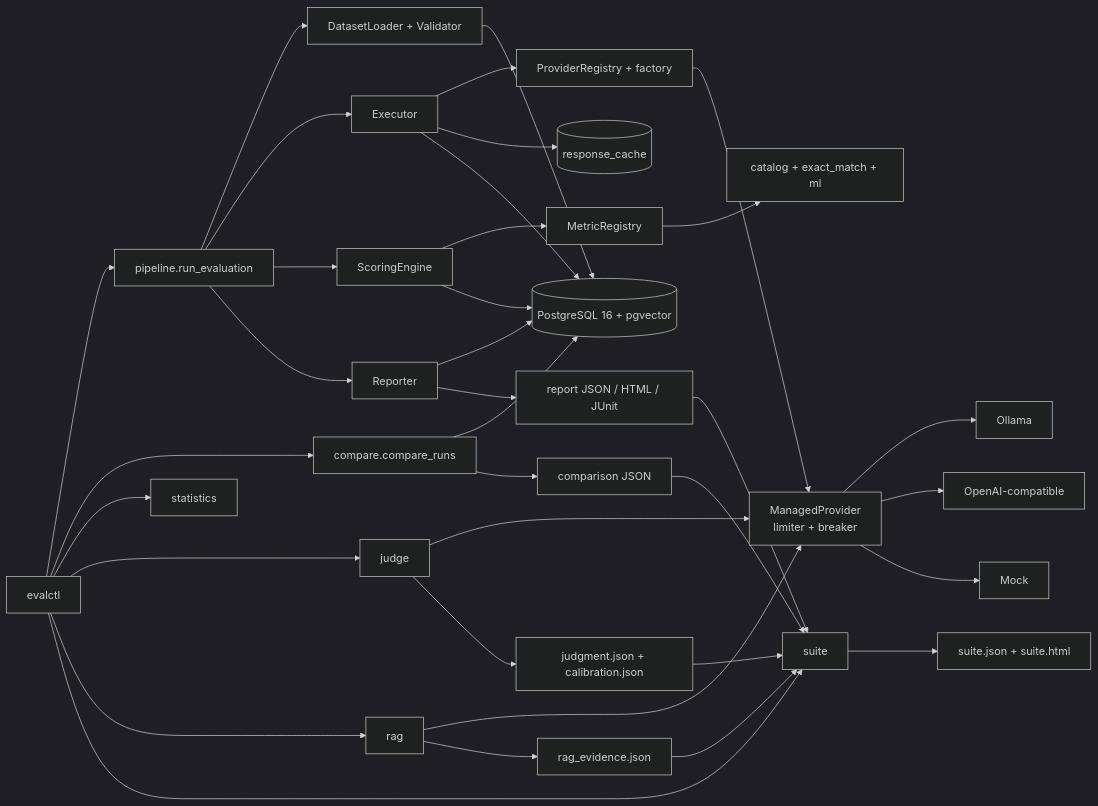
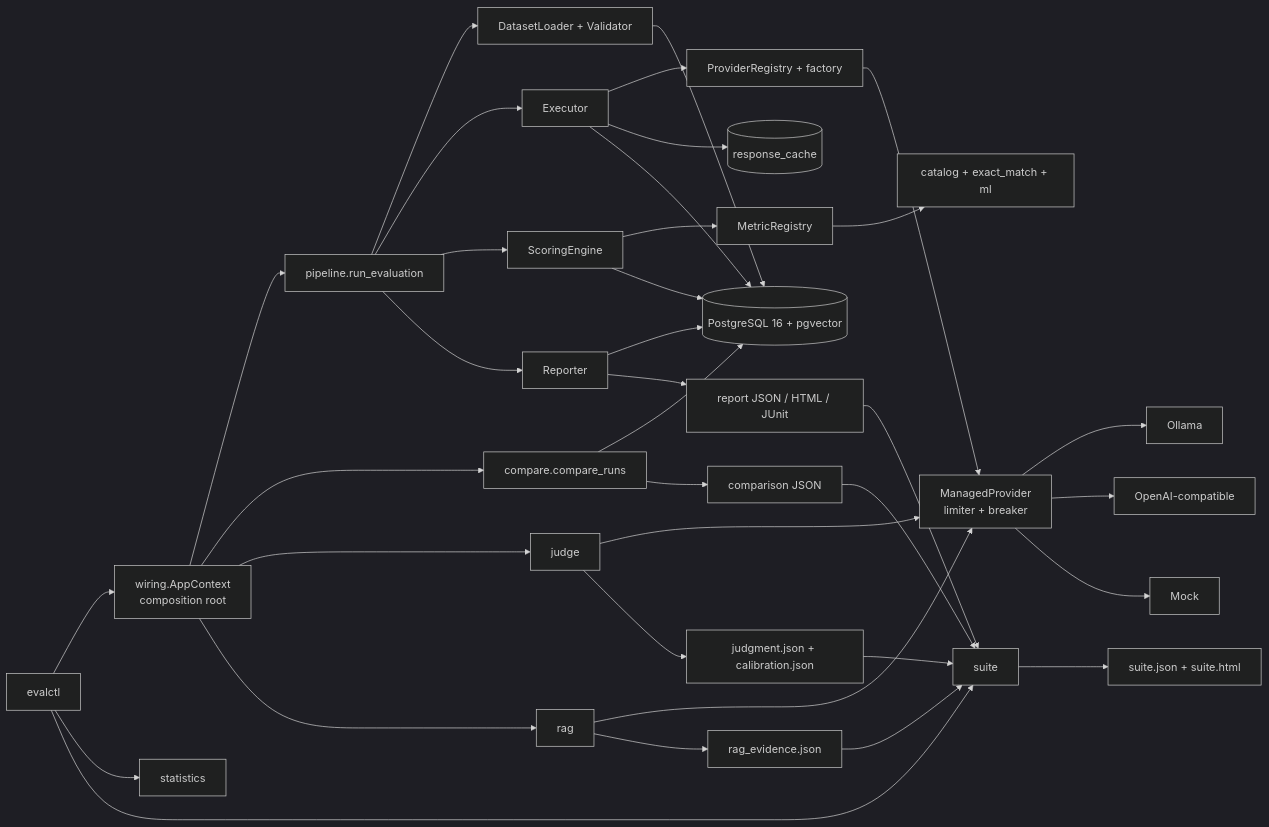
One commit to DimitarAtanassov/evalanche changed the diagram in docs/architecture.md. Above: the diagram before and after it, drawn with Mermaid (dark theme). The commit also changed other lines of this file and 16 other files, not shown here.

````diff
--- a/docs/architecture.md
+++ b/docs/architecture.md
@@ -39,43 +39,44 @@
 ```mermaid
 flowchart LR
-  CLI[evalctl] --> Pipeline[pipeline.run_evaluation]
-  CLI --> Compare[compare.compare_runs]
+  CLI[evalctl] --> Wiring[wiring.AppContext<br/>composition root]
+  Wiring --> Pipeline[pipeline.run_evaluation]
+  Wiring --> Compare[compare.compare_runs]
+  Wiring --> Judge[judge]
+  Wiring --> Rag[rag]
   CLI --> Stats[statistics]
-  CLI --> Judge[judge]
-  CLI --> Rag[rag]
   CLI --> Suite[suite]
 
   Pipeline --> Loader[DatasetLoader + Validator]
   Pipeline --> Exec[Executor]
   Pipeline --> Engine[ScoringEngine]
   Pipeline --> Reporter[Reporter]
 
   Loader --> Store[(PostgreSQL 16 + pgvector)]
   Exec --> Reg[ProviderRegistry + factory]
   Reg --> Managed[ManagedProvider<br/>limiter + breaker]
   Managed --> Ollama[Ollama]
   Managed --> OpenAI[OpenAI-compatible]
   Managed --> Mock[Mock]
   Exec --> Cache[(response_cache)]
   Exec --> Store
 
   Engine --> Registry[MetricRegistry]
   Registry --> Catalog[catalog + exact_match + ml]
   Engine --> Store
 
   Compare --> Store
   Reporter --> Store
 
   Reporter --> RunArt["report JSON / HTML / JUnit"]
   Compare --> CmpArt["comparison JSON"]
   Judge --> Managed
   Judge --> JudgeArt["judgment.json + calibration.json"]
   Rag --> Managed
   Rag --> RagArt["rag_evidence.json"]
 
   RunArt --> Suite
   CmpArt --> Suite
   JudgeArt --> Suite
   RagArt --> Suite
   Suite --> SuiteArt["suite.json + suite.html"]
 ```
````
